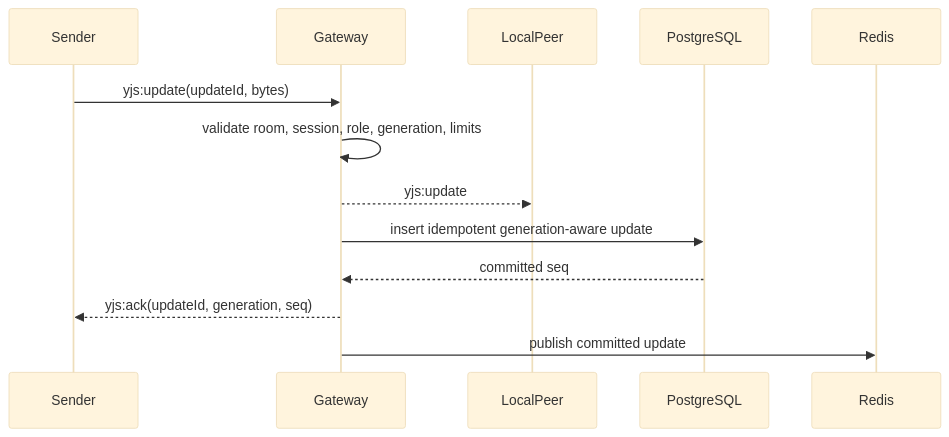
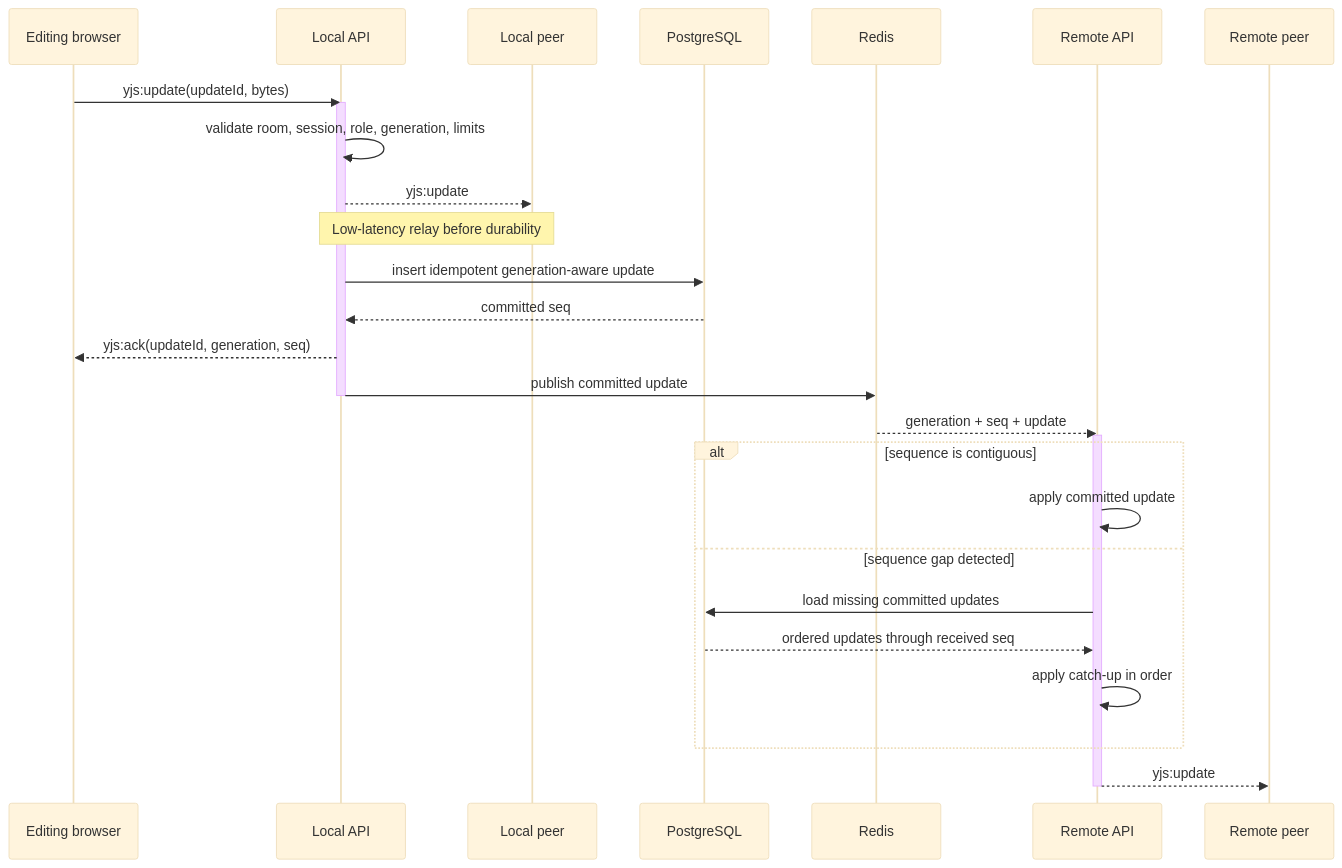
The second of 2 diagrams in docs/explanation/realtime-collaboration.md (santinomarial/Meridian), drawn with Mermaid (base theme) before and after one commit. The commit also changed other lines of this file and 10 other files, not shown here.

Commit message:
Redesign architecture diagrams

````diff
--- a/docs/explanation/realtime-collaboration.md
+++ b/docs/explanation/realtime-collaboration.md
@@ -48,16 +55,33 @@
 ```mermaid
 sequenceDiagram
-    participant Sender
-    participant Gateway
-    participant LocalPeer
+    participant Sender as Editing browser
+    participant Gateway as Local API
+    participant LocalPeer as Local peer
     participant PG as PostgreSQL
     participant Redis
+    participant Remote as Remote API
+    participant RemotePeer as Remote peer
 
     Sender->>Gateway: yjs:update(updateId, bytes)
+    activate Gateway
     Gateway->>Gateway: validate room, session, role, generation, limits
     Gateway-->>LocalPeer: yjs:update
+    Note over Gateway,LocalPeer: Low-latency relay before durability
     Gateway->>PG: insert idempotent generation-aware update
     PG-->>Gateway: committed seq
     Gateway-->>Sender: yjs:ack(updateId, generation, seq)
     Gateway->>Redis: publish committed update
+    deactivate Gateway
+
+    Redis-->>Remote: generation + seq + update
+    activate Remote
+    alt sequence is contiguous
+        Remote->>Remote: apply committed update
+    else sequence gap detected
+        Remote->>PG: load missing committed updates
+        PG-->>Remote: ordered updates through received seq
+        Remote->>Remote: apply catch-up in order
+    end
+    Remote-->>RemotePeer: yjs:update
+    deactivate Remote
 ```
````
